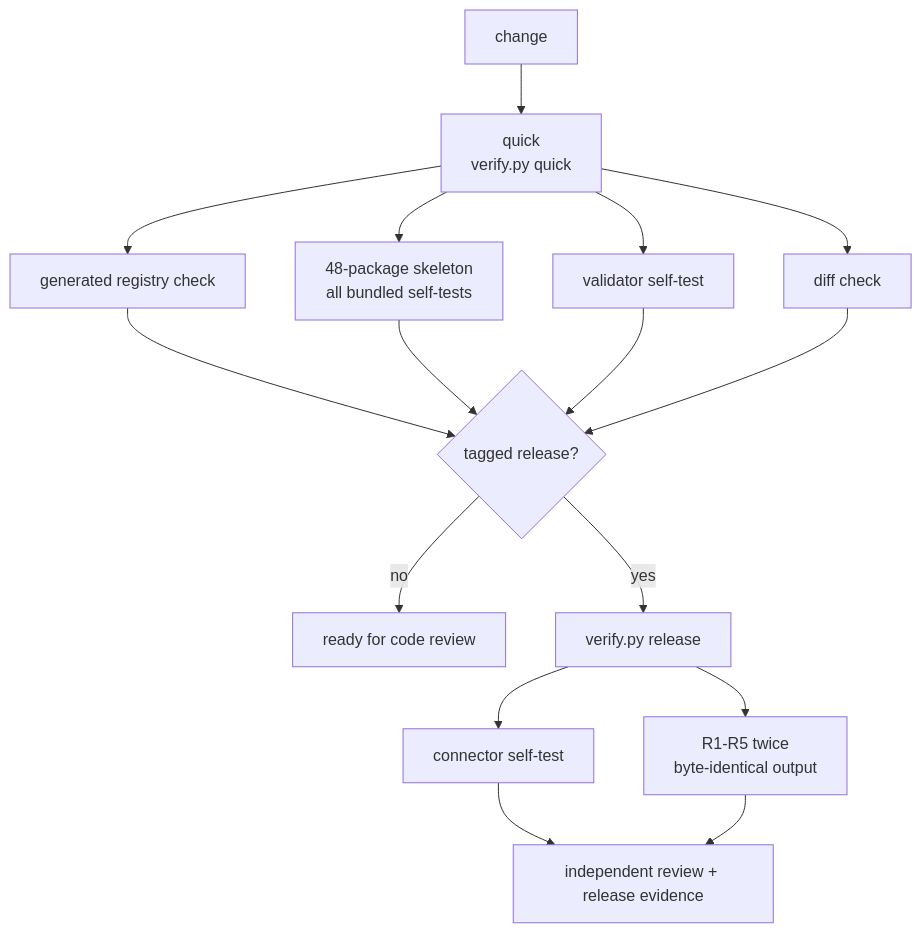
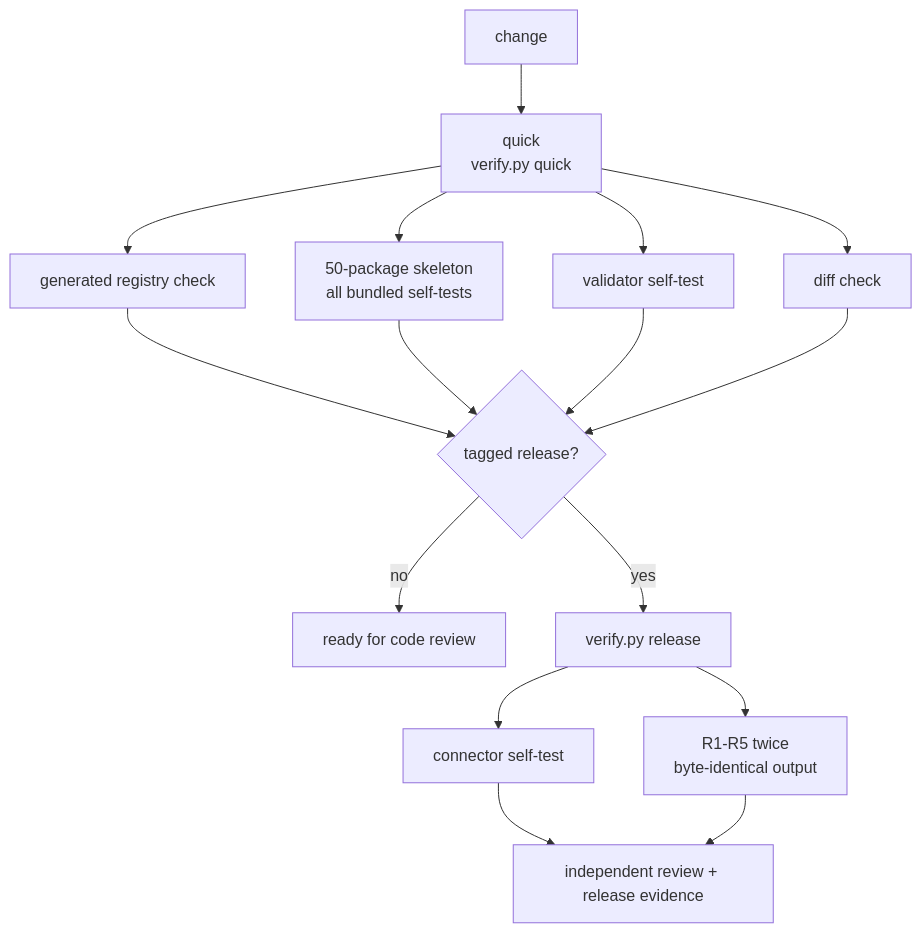
The diagram in docs/verification-pipeline.md (SteveTangent/goose-bio-skills), drawn with Mermaid before and after one commit. The commit also changed other lines of this file and 372 other files, not shown here.

````diff
--- a/docs/verification-pipeline.md
+++ b/docs/verification-pipeline.md
@@ -7,18 +7,18 @@
 ```mermaid
 flowchart TD
     C["change"] --> Q["quick\nverify.py quick"]
     Q --> G["generated registry check"]
-    Q --> S["48-package skeleton\nall bundled self-tests"]
+    Q --> S["50-package skeleton\nall bundled self-tests"]
     Q --> V["validator self-test"]
     Q --> D["diff check"]
     G --> R{"tagged release?"}
     S --> R
     V --> R
     D --> R
     R -- "no" --> Done["ready for code review"]
     R -- "yes" --> Full["verify.py release"]
     Full --> X["connector self-test"]
     Full --> W["R1-R5 twice\nbyte-identical output"]
     X --> Seal["independent review + release evidence"]
     W --> Seal
 ```
````
